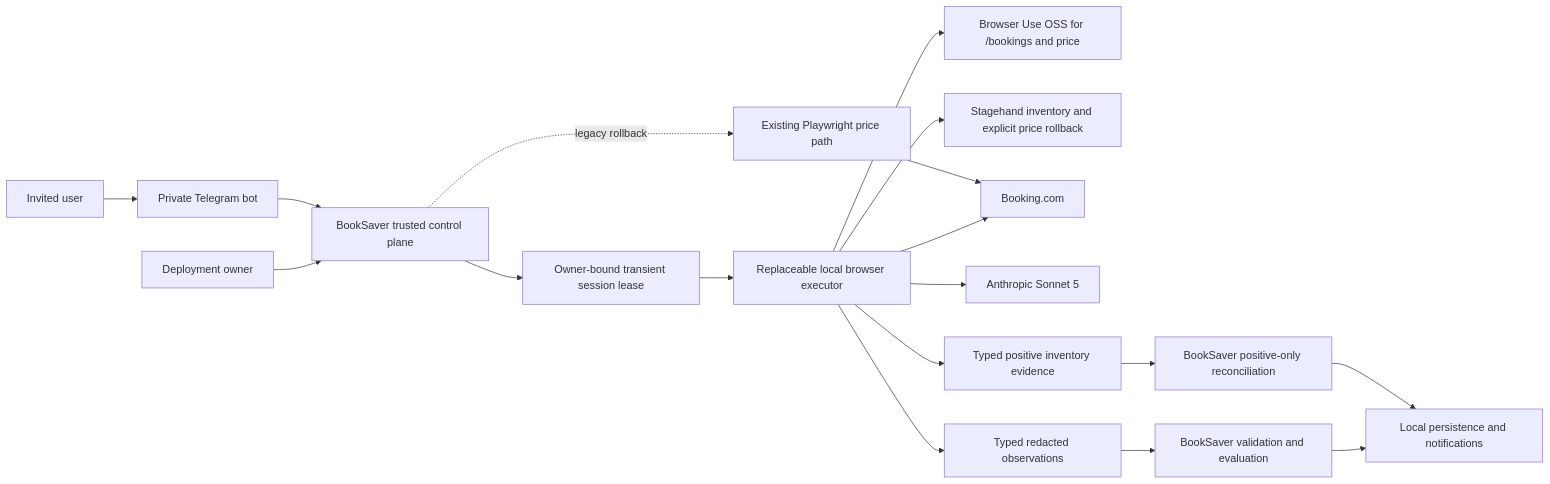
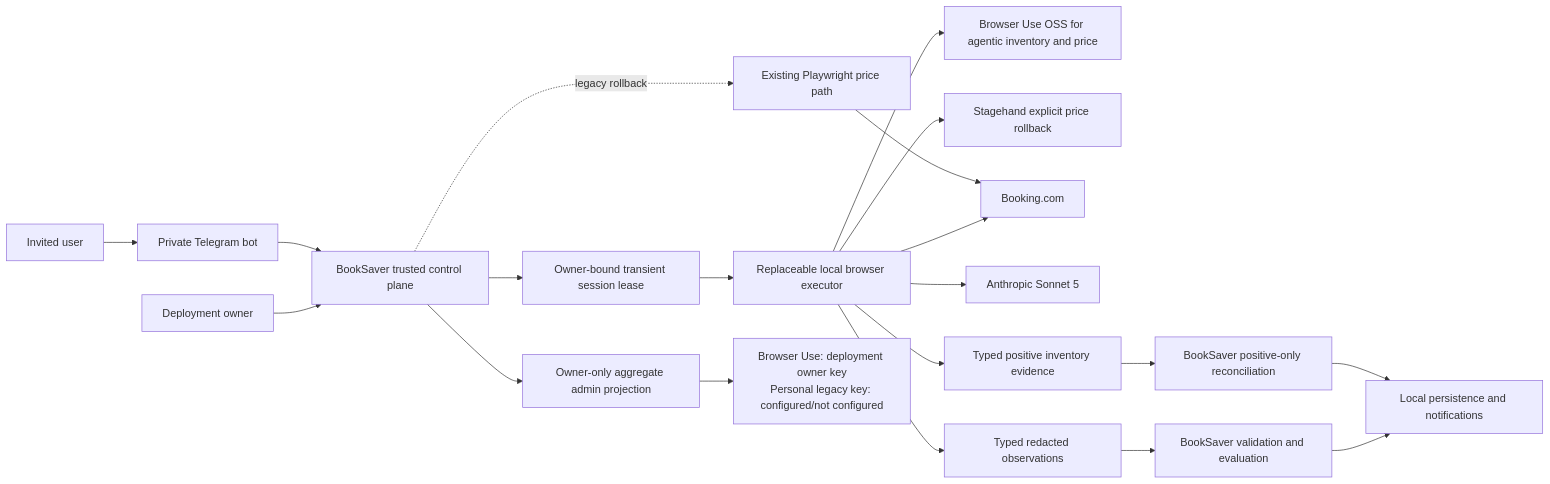
The diagram in memory-bank/intents/023-replaceable-agentic-browser-executor/system-context.md (romkagribok/booksaver-agent), drawn with Mermaid before and after one commit. The commit also changed other lines of this file and 37 other files, not shown here.

````diff
--- a/memory-bank/intents/023-replaceable-agentic-browser-executor/system-context.md
+++ b/memory-bank/intents/023-replaceable-agentic-browser-executor/system-context.md
@@ -84,20 +90,22 @@
 ```mermaid
 flowchart LR
     owner["Deployment owner"] --> control["BookSaver trusted control plane"]
     invitee["Invited user"] --> telegram["Private Telegram bot"]
     telegram --> control
     control --> lease["Owner-bound transient session lease"]
     lease --> executor["Replaceable local browser executor"]
-    executor --> browseruse["Browser Use OSS for /bookings and price"]
-    executor --> stagehand["Stagehand inventory and explicit price rollback"]
+    executor --> browseruse["Browser Use OSS for agentic inventory and price"]
+    executor --> stagehand["Stagehand explicit price rollback"]
     executor --> booking["Booking.com"]
     executor --> anthropic["Anthropic Sonnet 5"]
     executor --> evidence["Typed redacted observations"]
     evidence --> validation["BookSaver validation and evaluation"]
     executor --> inventory["Typed positive inventory evidence"]
     inventory --> reconcile["BookSaver positive-only reconciliation"]
     validation --> persistence["Local persistence and notifications"]
     reconcile --> persistence
     control -. "legacy rollback" .-> legacy["Existing Playwright price path"]
     legacy --> booking
+    control --> admin["Owner-only aggregate admin projection"]
+    admin --> funding["Browser Use: deployment owner key<br/>Personal legacy key: configured/not configured"]
 ```
````
